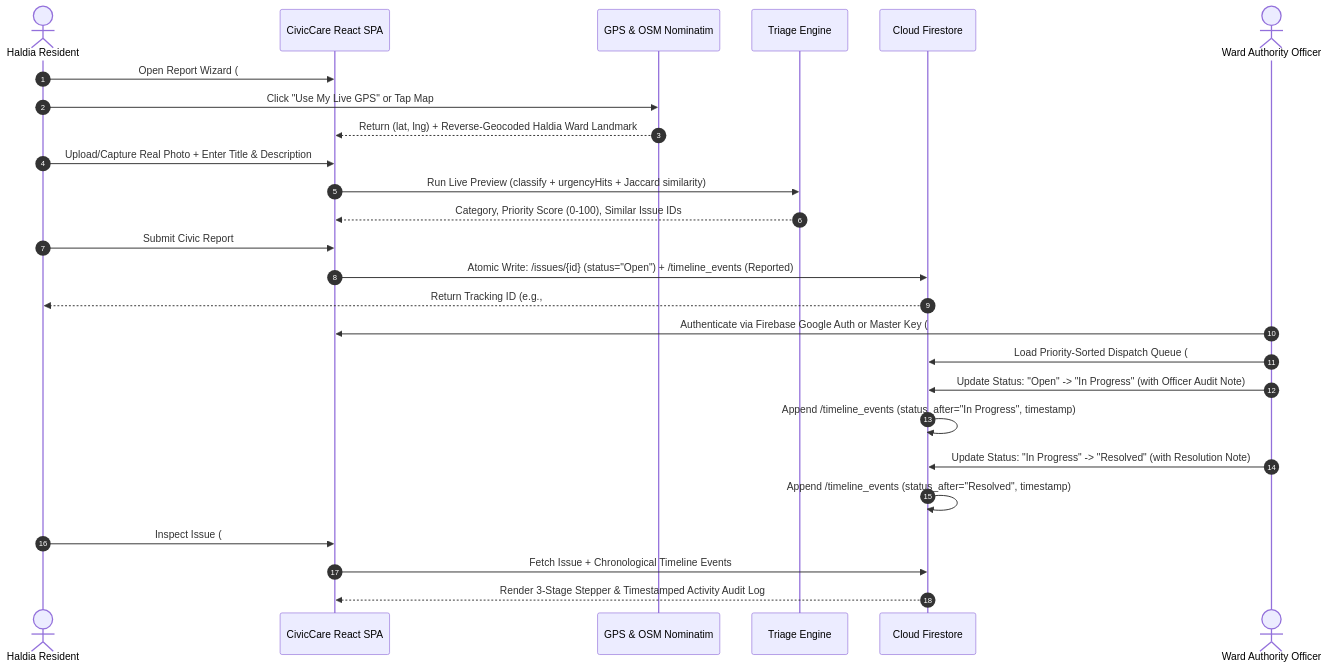
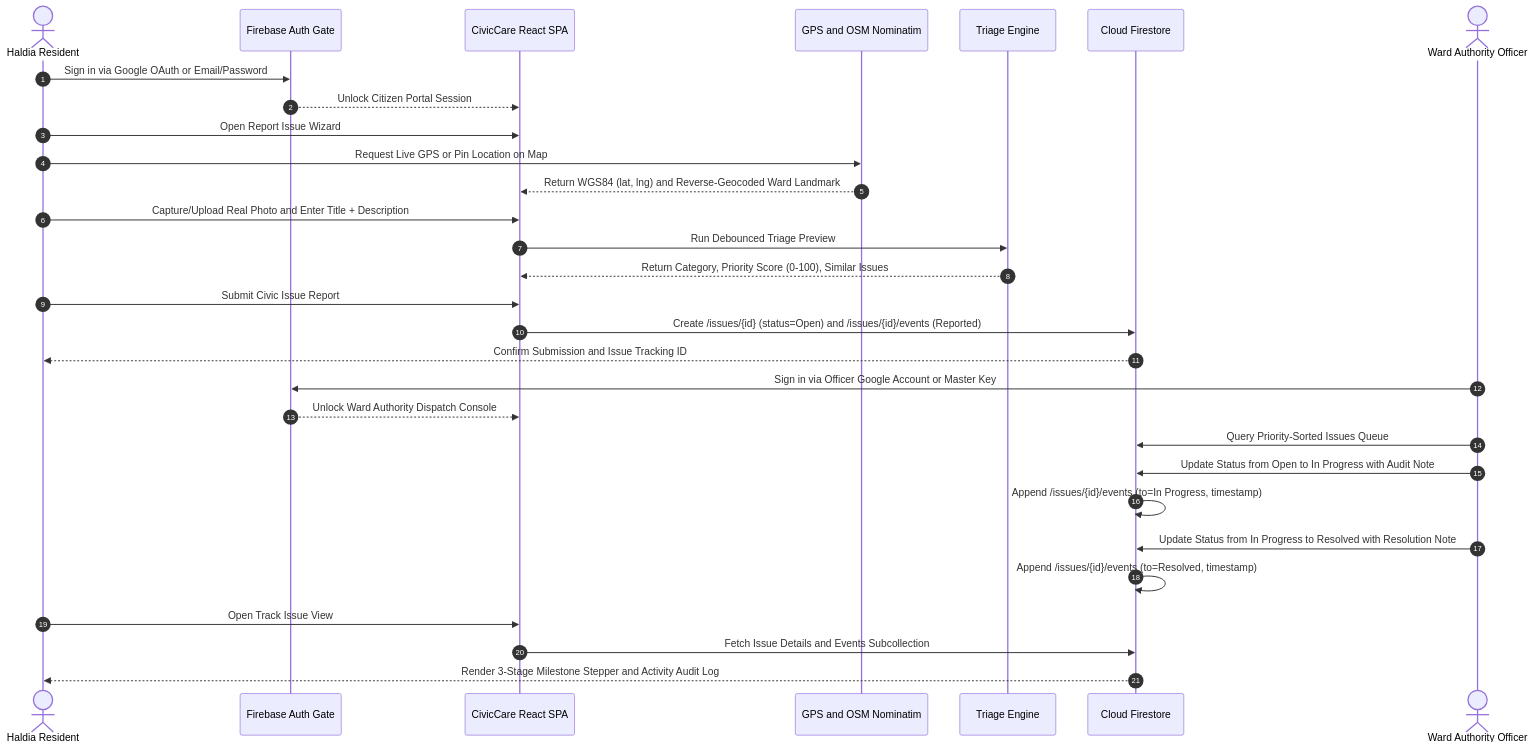
One commit to Bappaditya-kuilya/CivicCare changed the second of 4 diagrams in README.md. Above: the diagram before and after it, drawn with Mermaid. The commit also changed other lines of this file and 3 other files, not shown here.

First line of the commit message:
feat(auth): implement email-password authentication

````diff
--- a/README.md
+++ b/README.md
@@ -92,31 +127,35 @@
 ```mermaid
 sequenceDiagram
   autonumber
   actor Citizen as Haldia Resident
-  participant UI as CivicCare React SPA
-  participant Geo as GPS & OSM Nominatim
+  participant Gate as Firebase Auth Gate
+  participant SPA as CivicCare React SPA
+  participant Geo as GPS and OSM Nominatim
   participant Triage as Triage Engine
   participant FS as Cloud Firestore
   actor Officer as Ward Authority Officer
 
-  Citizen->>UI: Open Report Wizard (#/report) or Login (#/login)
-  Citizen->>Geo: Click "Use My Live GPS" or Tap Map
-  Geo-->>UI: Return (lat, lng) + Reverse-Geocoded Haldia Ward Landmark
-  Citizen->>UI: Upload/Capture Real Photo + Enter Title & Description
-  UI->>Triage: Run Live Preview (classify + urgencyHits + Jaccard similarity)
-  Triage-->>UI: Category, Priority Score (0-100), Similar Issue IDs
-  Citizen->>UI: Submit Civic Report
-  UI->>FS: Atomic Write: /issues/{id} (status="Open") + /timeline_events (Reported)
-  FS-->>Citizen: Return Tracking ID (e.g., #29)
+  Citizen->>Gate: Sign in via Google OAuth or Email/Password
+  Gate-->>SPA: Unlock Citizen Portal Session
+  Citizen->>SPA: Open Report Issue Wizard
+  Citizen->>Geo: Request Live GPS or Pin Location on Map
+  Geo-->>SPA: Return WGS84 (lat, lng) and Reverse-Geocoded Ward Landmark
+  Citizen->>SPA: Capture/Upload Real Photo and Enter Title + Description
+  SPA->>Triage: Run Debounced Triage Preview
+  Triage-->>SPA: Return Category, Priority Score (0-100), Similar Issues
+  Citizen->>SPA: Submit Civic Issue Report
+  SPA->>FS: Create /issues/{id} (status=Open) and /issues/{id}/events (Reported)
+  FS-->>Citizen: Confirm Submission and Issue Tracking ID
 
-  Officer->>UI: Authenticate via Firebase Google Auth or Master Key (#/login)
-  Officer->>FS: Load Priority-Sorted Dispatch Queue (#/admin)
-  Officer->>FS: Update Status: "Open" -> "In Progress" (with Officer Audit Note)
-  FS->>FS: Append /timeline_events (status_after="In Progress", timestamp)
-  Officer->>FS: Update Status: "In Progress" -> "Resolved" (with Resolution Note)
-  FS->>FS: Append /timeline_events (status_after="Resolved", timestamp)
+  Officer->>Gate: Sign in via Officer Google Account or Master Key
+  Gate-->>SPA: Unlock Ward Authority Dispatch Console
+  Officer->>FS: Query Priority-Sorted Issues Queue
+  Officer->>FS: Update Status from Open to In Progress with Audit Note
+  FS->>FS: Append /issues/{id}/events (to=In Progress, timestamp)
+  Officer->>FS: Update Status from In Progress to Resolved with Resolution Note
+  FS->>FS: Append /issues/{id}/events (to=Resolved, timestamp)
 
-  Citizen->>UI: Inspect Issue (#/issue/29)
-  UI->>FS: Fetch Issue + Chronological Timeline Events
-  FS-->>UI: Render 3-Stage Stepper & Timestamped Activity Audit Log
+  Citizen->>SPA: Open Track Issue View
+  SPA->>FS: Fetch Issue Details and Events Subcollection
+  FS-->>Citizen: Render 3-Stage Milestone Stepper and Activity Audit Log
 ```
````
